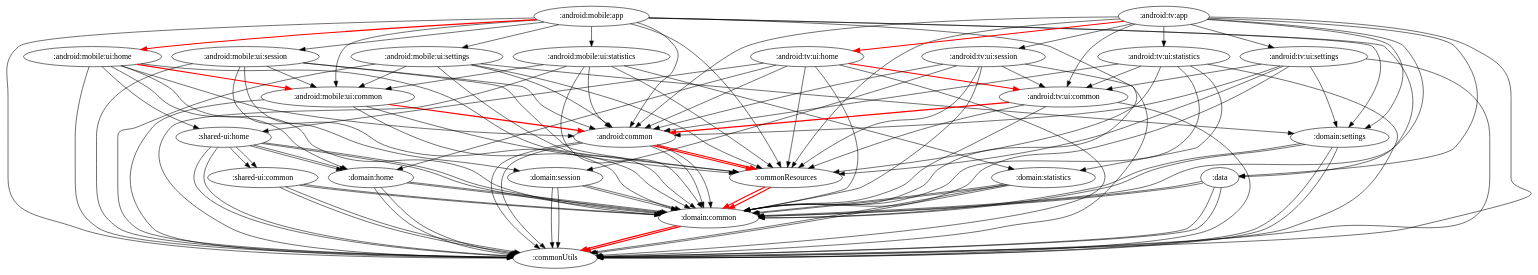
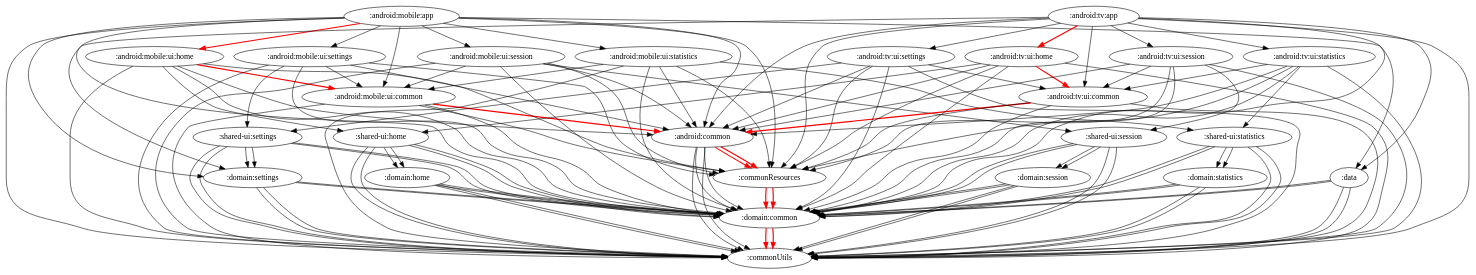
The diagram in docs/dependency-graph.gv (shining-cat/SimpleHIIT), drawn with Graphviz before and after one commit. The commit also changed 1 other file, not shown here.

Commit message:
updated dependency graph

```diff
--- a/docs/dependency-graph.gv
+++ b/docs/dependency-graph.gv
@@ -1,129 +1,139 @@
 digraph {
   rankdir=TB;
 
   // Mobile App Dependencies
 ":android:mobile:app" -> ":android:common"
 ":android:mobile:app" -> ":android:mobile:ui:common"
 ":android:mobile:app" -> ":android:mobile:ui:home" [color=red style=bold]
 ":android:mobile:app" -> ":android:mobile:ui:session"
 ":android:mobile:app" -> ":android:mobile:ui:settings"
 ":android:mobile:app" -> ":android:mobile:ui:statistics"
 ":android:mobile:app" -> ":domain:common"
 ":android:mobile:app" -> ":domain:settings"
 ":android:mobile:app" -> ":commonUtils"
 ":android:mobile:app" -> ":commonResources"
 ":android:mobile:app" -> ":data"
 ":android:common" -> ":domain:common"
 ":android:common" -> ":commonUtils"
 ":android:common" -> ":commonResources" [color=red style=bold]
 ":android:mobile:ui:common" -> ":android:common" [color=red style=bold]
 ":android:mobile:ui:common" -> ":domain:common"
 ":android:mobile:ui:common" -> ":commonUtils"
 ":android:mobile:ui:common" -> ":commonResources"
 ":android:mobile:ui:home" -> ":android:common"
-":android:mobile:ui:home" -> ":domain:common"
-":android:mobile:ui:home" -> ":domain:home"
+":android:mobile:ui:home" -> ":android:mobile:ui:common" [color=red style=bold]
+":android:mobile:ui:home" -> ":shared-ui:home"
 ":android:mobile:ui:home" -> ":commonUtils"
 ":android:mobile:ui:home" -> ":commonResources"
-":android:mobile:ui:home" -> ":android:mobile:ui:common" [color=red style=bold]
-":android:mobile:ui:home" -> ":shared-ui:home"
+":android:mobile:ui:home" -> ":domain:common"
 ":android:mobile:ui:session" -> ":android:common"
-":android:mobile:ui:session" -> ":domain:common"
-":android:mobile:ui:session" -> ":domain:session"
+":android:mobile:ui:session" -> ":android:mobile:ui:common"
+":android:mobile:ui:session" -> ":shared-ui:session"
 ":android:mobile:ui:session" -> ":commonUtils"
 ":android:mobile:ui:session" -> ":commonResources"
-":android:mobile:ui:session" -> ":android:mobile:ui:common"
+":android:mobile:ui:session" -> ":domain:common"
 ":android:mobile:ui:settings" -> ":android:common"
-":android:mobile:ui:settings" -> ":domain:common"
-":android:mobile:ui:settings" -> ":domain:settings"
+":android:mobile:ui:settings" -> ":android:mobile:ui:common"
+":android:mobile:ui:settings" -> ":shared-ui:settings"
 ":android:mobile:ui:settings" -> ":commonUtils"
 ":android:mobile:ui:settings" -> ":commonResources"
-":android:mobile:ui:settings" -> ":android:mobile:ui:common"
+":android:mobile:ui:settings" -> ":domain:common"
 ":android:mobile:ui:statistics" -> ":android:common"
-":android:mobile:ui:statistics" -> ":domain:common"
-":android:mobile:ui:statistics" -> ":domain:statistics"
+":android:mobile:ui:statistics" -> ":android:mobile:ui:common"
+":android:mobile:ui:statistics" -> ":shared-ui:statistics"
 ":android:mobile:ui:statistics" -> ":commonUtils"
 ":android:mobile:ui:statistics" -> ":commonResources"
-":android:mobile:ui:statistics" -> ":android:mobile:ui:common"
+":android:mobile:ui:statistics" -> ":domain:common"
 ":domain:common" -> ":commonUtils" [color=red style=bold]
 ":domain:settings" -> ":commonUtils"
 ":domain:settings" -> ":domain:common"
 ":commonResources" -> ":domain:common" [color=red style=bold]
 ":data" -> ":domain:common"
 ":data" -> ":commonUtils"
-":domain:home" -> ":commonUtils"
-":domain:home" -> ":domain:common"
-":shared-ui:home" -> ":shared-ui:common"
 ":shared-ui:home" -> ":commonUtils"
 ":shared-ui:home" -> ":domain:common"
 ":shared-ui:home" -> ":domain:home"
-":shared-ui:common" -> ":commonUtils"
-":shared-ui:common" -> ":domain:common"
+":domain:home" -> ":commonUtils"
+":domain:home" -> ":domain:common"
+":shared-ui:session" -> ":commonUtils"
+":shared-ui:session" -> ":domain:common"
+":shared-ui:session" -> ":domain:session"
 ":domain:session" -> ":commonUtils"
 ":domain:session" -> ":domain:common"
+":shared-ui:settings" -> ":commonUtils"
+":shared-ui:settings" -> ":domain:common"
+":shared-ui:settings" -> ":domain:settings"
+":shared-ui:statistics" -> ":commonUtils"
+":shared-ui:statistics" -> ":domain:common"
+":shared-ui:statistics" -> ":domain:statistics"
 ":domain:statistics" -> ":commonUtils"
 ":domain:statistics" -> ":domain:common"
 
   // TV App Dependencies
 ":android:tv:app" -> ":android:common"
 ":android:tv:app" -> ":android:tv:ui:common"
 ":android:tv:app" -> ":android:tv:ui:home" [color=red style=bold]
 ":android:tv:app" -> ":android:tv:ui:settings"
 ":android:tv:app" -> ":android:tv:ui:session"
 ":android:tv:app" -> ":android:tv:ui:statistics"
 ":android:tv:app" -> ":domain:common"
 ":android:tv:app" -> ":domain:settings"
 ":android:tv:app" -> ":commonUtils"
 ":android:tv:app" -> ":commonResources"
 ":android:tv:app" -> ":data"
 ":android:common" -> ":domain:common"
 ":android:common" -> ":commonUtils"
 ":android:common" -> ":commonResources" [color=red style=bold]
 ":android:tv:ui:common" -> ":android:common" [color=red style=bold]
 ":android:tv:ui:common" -> ":domain:common"
 ":android:tv:ui:common" -> ":commonUtils"
 ":android:tv:ui:common" -> ":commonResources"
 ":android:tv:ui:home" -> ":android:common"
 ":android:tv:ui:home" -> ":android:tv:ui:common" [color=red style=bold]
-":android:tv:ui:home" -> ":domain:common"
-":android:tv:ui:home" -> ":domain:home"
+":android:tv:ui:home" -> ":shared-ui:home"
 ":android:tv:ui:home" -> ":commonUtils"
 ":android:tv:ui:home" -> ":commonResources"
-":android:tv:ui:home" -> ":shared-ui:home"
+":android:tv:ui:home" -> ":domain:common"
 ":android:tv:ui:settings" -> ":android:common"
 ":android:tv:ui:settings" -> ":android:tv:ui:common"
-":android:tv:ui:settings" -> ":domain:common"
-":android:tv:ui:settings" -> ":domain:settings"
+":android:tv:ui:settings" -> ":shared-ui:settings"
 ":android:tv:ui:settings" -> ":commonUtils"
 ":android:tv:ui:settings" -> ":commonResources"
+":android:tv:ui:settings" -> ":domain:common"
 ":android:tv:ui:session" -> ":android:common"
 ":android:tv:ui:session" -> ":android:tv:ui:common"
-":android:tv:ui:session" -> ":domain:common"
-":android:tv:ui:session" -> ":domain:session"
+":android:tv:ui:session" -> ":shared-ui:session"
 ":android:tv:ui:session" -> ":commonUtils"
 ":android:tv:ui:session" -> ":commonResources"
+":android:tv:ui:session" -> ":domain:common"
 ":android:tv:ui:statistics" -> ":android:common"
 ":android:tv:ui:statistics" -> ":android:tv:ui:common"
-":android:tv:ui:statistics" -> ":domain:common"
-":android:tv:ui:statistics" -> ":domain:statistics"
+":android:tv:ui:statistics" -> ":shared-ui:statistics"
 ":android:tv:ui:statistics" -> ":commonUtils"
 ":android:tv:ui:statistics" -> ":commonResources"
+":android:tv:ui:statistics" -> ":domain:common"
 ":domain:common" -> ":commonUtils" [color=red style=bold]
 ":domain:settings" -> ":commonUtils"
 ":domain:settings" -> ":domain:common"
 ":commonResources" -> ":domain:common" [color=red style=bold]
 ":data" -> ":domain:common"
 ":data" -> ":commonUtils"
-":domain:home" -> ":commonUtils"
-":domain:home" -> ":domain:common"
-":shared-ui:home" -> ":shared-ui:common"
 ":shared-ui:home" -> ":commonUtils"
 ":shared-ui:home" -> ":domain:common"
 ":shared-ui:home" -> ":domain:home"
-":shared-ui:common" -> ":commonUtils"
-":shared-ui:common" -> ":domain:common"
+":domain:home" -> ":commonUtils"
+":domain:home" -> ":domain:common"
+":shared-ui:settings" -> ":commonUtils"
+":shared-ui:settings" -> ":domain:common"
+":shared-ui:settings" -> ":domain:settings"
+":shared-ui:session" -> ":commonUtils"
+":shared-ui:session" -> ":domain:common"
+":shared-ui:session" -> ":domain:session"
 ":domain:session" -> ":commonUtils"
 ":domain:session" -> ":domain:common"
+":shared-ui:statistics" -> ":commonUtils"
+":shared-ui:statistics" -> ":domain:common"
+":shared-ui:statistics" -> ":domain:statistics"
 ":domain:statistics" -> ":commonUtils"
 ":domain:statistics" -> ":domain:common"
 }
```
